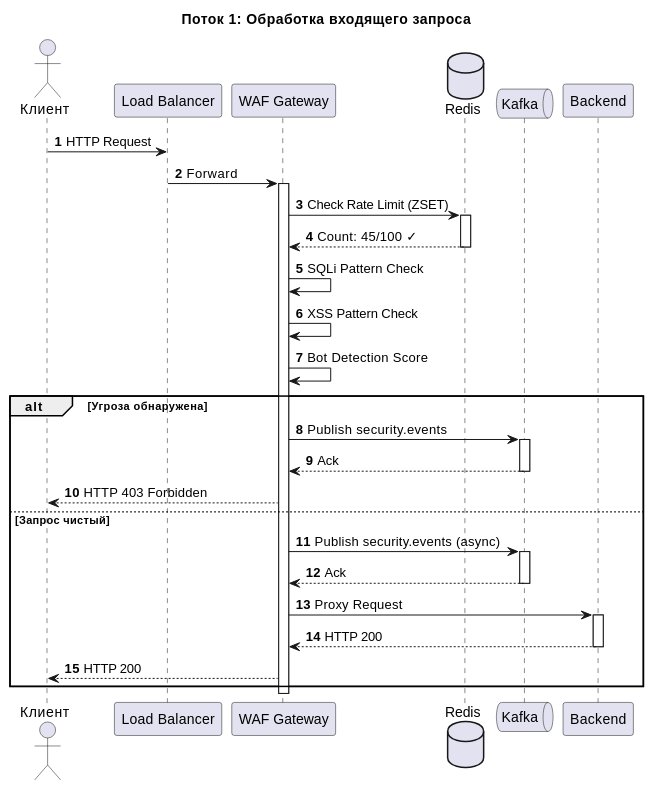
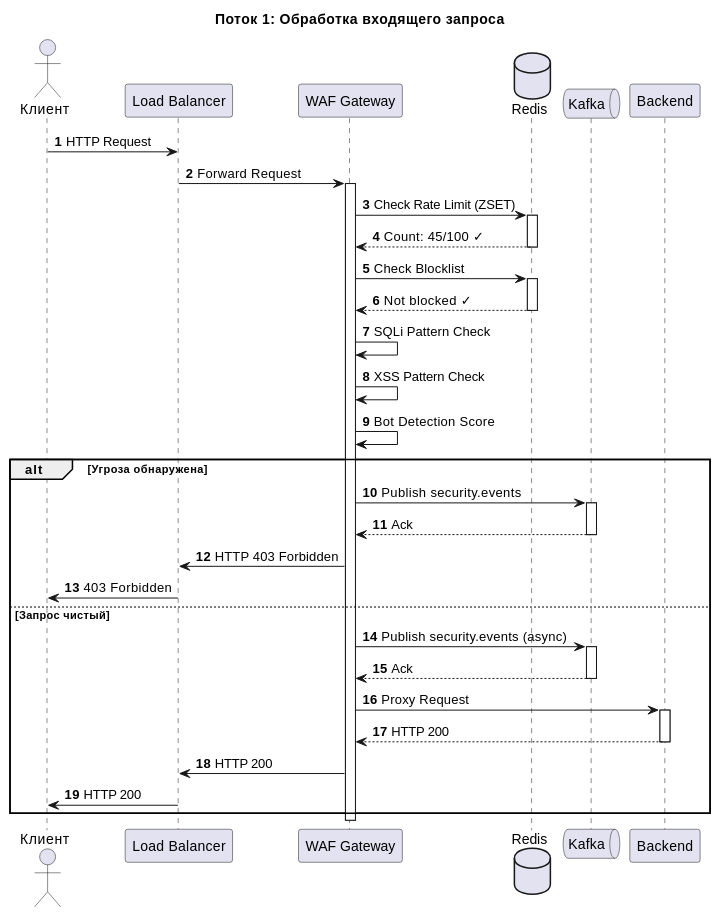
The fourth of 8 diagrams in design.md (Sasakin/WafWall), drawn with PlantUML before and after one commit. The commit also changed other lines of this file and 35 other files, not shown here.

````diff
--- a/design.md
+++ b/design.md
@@ -297,46 +375,53 @@
 ```plantuml
 @startuml Flow1
 title Поток 1: Обработка входящего запроса
 autonumber
 skinparam backgroundColor #FFFFFF
 
 actor "Клиент" as Client
 participant "Load Balancer" as LB
 participant "WAF Gateway" as WAF
 database "Redis" as Redis
 queue "Kafka" as Kafka
 participant "Backend" as Backend
 
 Client -> LB : HTTP Request
-LB -> WAF : Forward
+LB -> WAF : Forward Request
 
 activate WAF
 WAF -> Redis : Check Rate Limit (ZSET)
 activate Redis
 Redis --> WAF : Count: 45/100 ✓
 deactivate Redis
 
+WAF -> Redis : Check Blocklist
+activate Redis
+Redis --> WAF : Not blocked ✓
+deactivate Redis
+
 WAF -> WAF : SQLi Pattern Check
-WAF -> WAF : XSS Pattern Check  
+WAF -> WAF : XSS Pattern Check
 WAF -> WAF : Bot Detection Score
 
 alt Угроза обнаружена
   WAF -> Kafka : Publish security.events
   activate Kafka
   Kafka --> WAF : Ack
   deactivate Kafka
-  WAF --> Client : HTTP 403 Forbidden
+  WAF -> LB : HTTP 403 Forbidden
+  LB -> Client : 403 Forbidden
 else Запрос чистый
   WAF -> Kafka : Publish security.events (async)
   activate Kafka
   Kafka --> WAF : Ack
   deactivate Kafka
   WAF -> Backend : Proxy Request
   activate Backend
   Backend --> WAF : HTTP 200
   deactivate Backend
-  WAF --> Client : HTTP 200
+  WAF -> LB : HTTP 200
+  LB -> Client : HTTP 200
 end
 deactivate WAF
 @enduml
 ```
````
